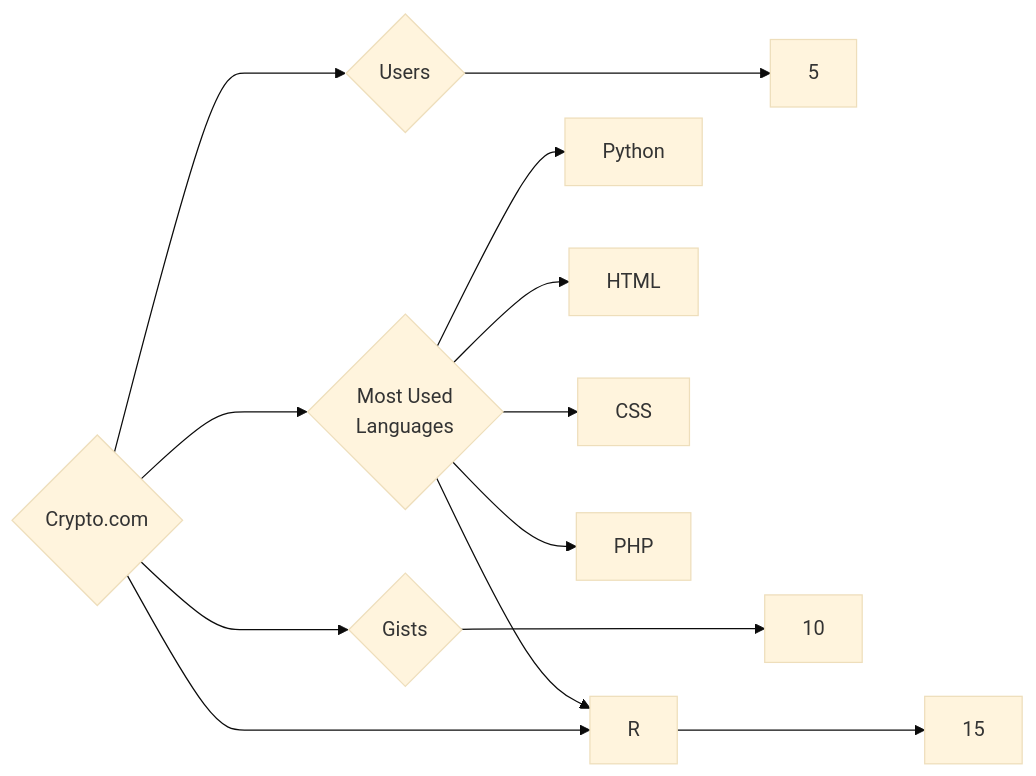
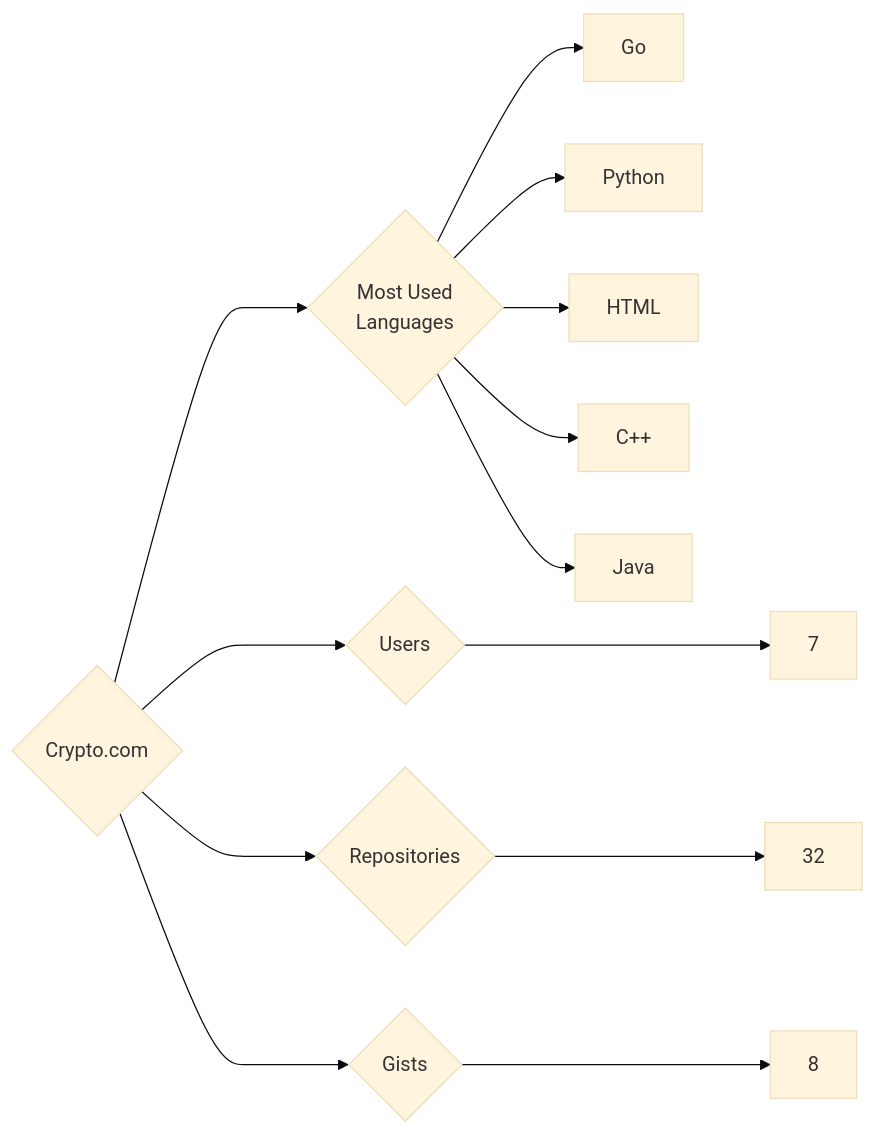
One commit to trickest/insiders changed the diagram in targets/Crypto.com/README.md. Above: the diagram before and after it, drawn with Mermaid (base theme). The commit also changed 1084 other files, not shown here.

````diff
--- a/targets/Crypto.com/README.md
+++ b/targets/Crypto.com/README.md
@@ -3,13 +3,13 @@
 ```mermaid
 graph LR
 COMPANY_NAME{Crypto.com}
-COMPANY_NAME ---> U{Users} ---> UN[5]
-COMPANY_NAME ---> R{Repositories} ---> RN[15]
-COMPANY_NAME ---> G{Gists} ---> GN[10]
+COMPANY_NAME ---> U{Users} ---> UN[7]
+COMPANY_NAME ---> R{Repositories} ---> RN[32]
+COMPANY_NAME ---> G{Gists} ---> GN[8]
 COMPANY_NAME ---> ML{Most Used<br>Languages}
+ML --> Go[Go]
 ML --> Python[Python]
-ML --> R[R]
 ML --> HTML[HTML]
-ML --> CSS[CSS]
-ML --> PHP[PHP]
+ML --> C++[C++]
+ML --> Java[Java]
 ```
````
